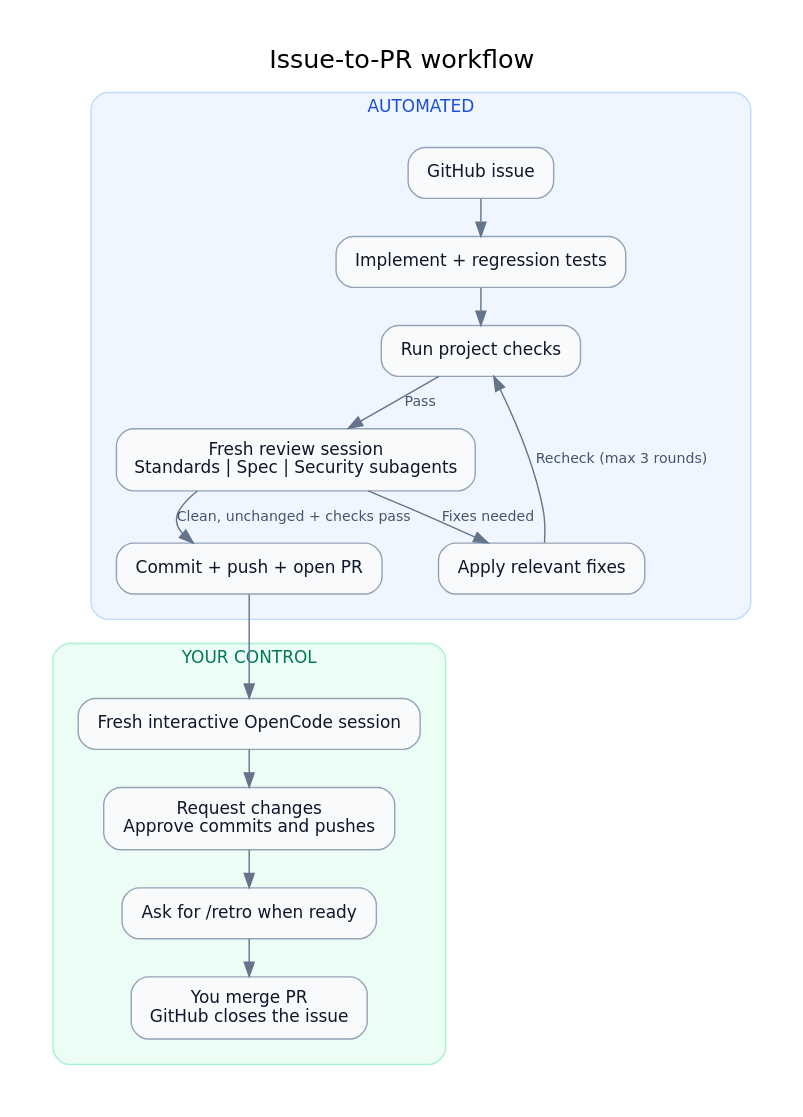
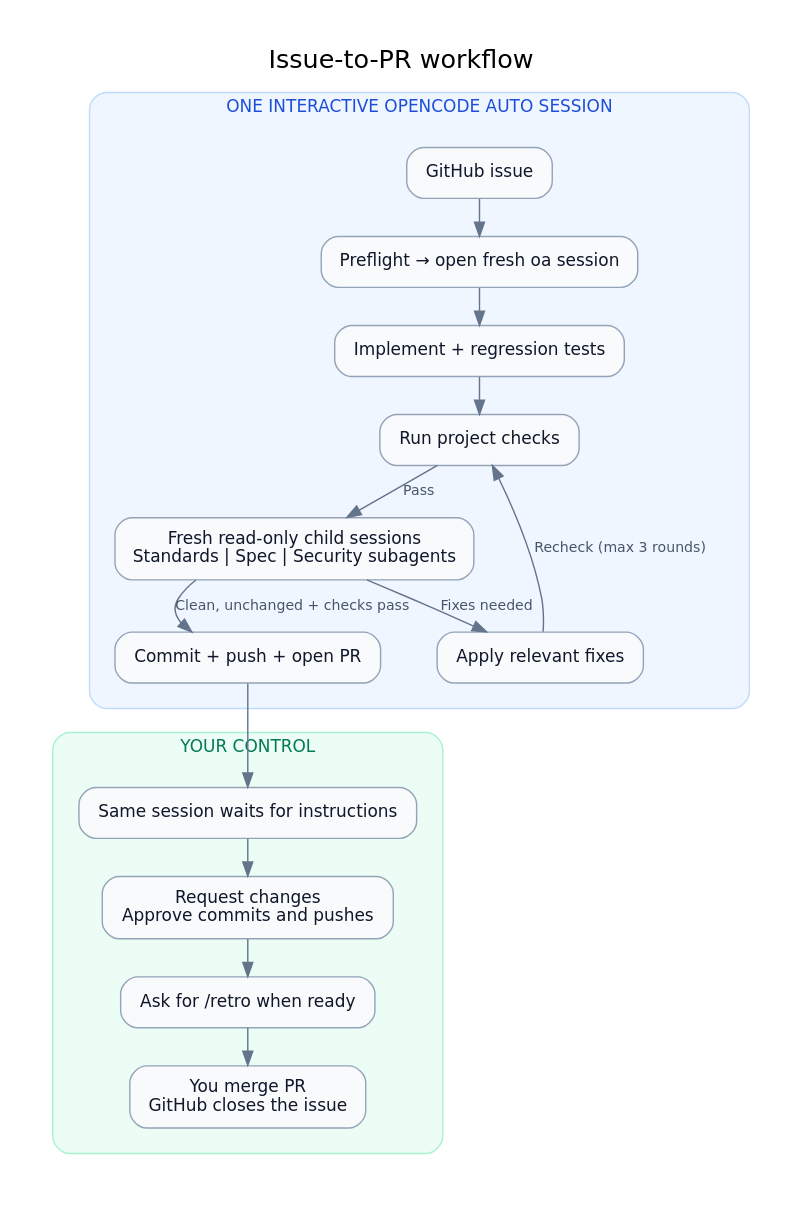
One commit to jcergolj/operarius changed the diagram in docs/workflow.dot. Above: the diagram before and after it, drawn with Graphviz. The commit also changed 5 other files, not shown here.

Commit message:
Run issue workflow in one interactive OpenCode session

```diff
--- a/docs/workflow.dot
+++ b/docs/workflow.dot
@@ -1,56 +1,57 @@
 digraph workflow {
     graph [
         rankdir=TB, bgcolor="#ffffff", pad=0.3,
         nodesep=0.4, ranksep=0.35,
         fontname="DejaVu Sans", fontsize=18,
         label="Issue-to-PR workflow", labelloc=t
     ];
     node [
         shape=box, style="rounded,filled", margin="0.2,0.12",
         fontname="DejaVu Sans", fontsize=12,
         color="#94a3b8", fillcolor="#f8fafc", fontcolor="#0f172a"
     ];
     edge [fontname="DejaVu Sans", fontsize=10, color="#64748b", fontcolor="#475569"];
 
     subgraph cluster_automated {
-        label="AUTOMATED";
+        label="ONE INTERACTIVE OPENCODE AUTO SESSION";
         fontsize=12;
         fontcolor="#1d4ed8";
         color="#bfdbfe";
         style="rounded,filled";
         fillcolor="#eff6ff";
         margin=18;
 
         issue [label="GitHub issue"];
+        session [label="Preflight → open fresh oa session"];
         implement [label="Implement + regression tests"];
         checks [label="Run project checks"];
-        review [label="Fresh review session\nStandards | Spec | Security subagents"];
+        review [label="Fresh read-only child sessions\nStandards | Spec | Security subagents"];
         fixes [label="Apply relevant fixes"];
         pr [label="Commit + push + open PR"];
 
-        issue -> implement -> checks;
+        issue -> session -> implement -> checks;
         checks -> review [label="Pass"];
         review -> fixes [label="Fixes needed"];
         fixes -> checks [label="Recheck (max 3 rounds)"];
         review -> pr [label="Clean, unchanged + checks pass"];
     }
 
     subgraph cluster_human {
         label="YOUR CONTROL";
         fontsize=12;
         fontcolor="#047857";
         color="#a7f3d0";
         style="rounded,filled";
         fillcolor="#ecfdf5";
         margin=18;
 
-        handoff [label="Fresh interactive OpenCode session"];
+        handoff [label="Same session waits for instructions"];
         changes [label="Request changes\nApprove commits and pushes"];
         retro [label="Ask for /retro when ready"];
         merge [label="You merge PR\nGitHub closes the issue"];
 
         handoff -> changes -> retro -> merge;
     }
 
     pr -> handoff;
 }
```
